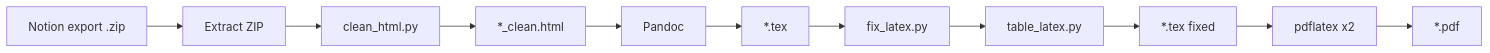
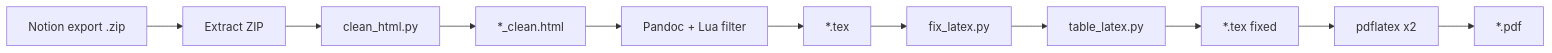
One commit to adducec03/Notion2Tex changed the diagram in README.md. Above: the diagram before and after it, drawn with Mermaid. The commit also changed other lines of this file and 8 other files, not shown here.

````diff
--- a/README.md
+++ b/README.md
@@ -93,13 +106,13 @@
 ```mermaid
 flowchart LR
   A[Notion export .zip] --> Z[Extract ZIP]
   Z --> B[clean_html.py]
   B --> C["*_clean.html"]
-  C --> D[Pandoc]
+  C --> D["Pandoc + Lua filter"]
   D --> E["*.tex"]
   E --> F[fix_latex.py]
   F --> G[table_latex.py]
   G --> H["*.tex fixed"]
   H --> I[pdflatex x2]
   I --> J["*.pdf"]
 ```
````
